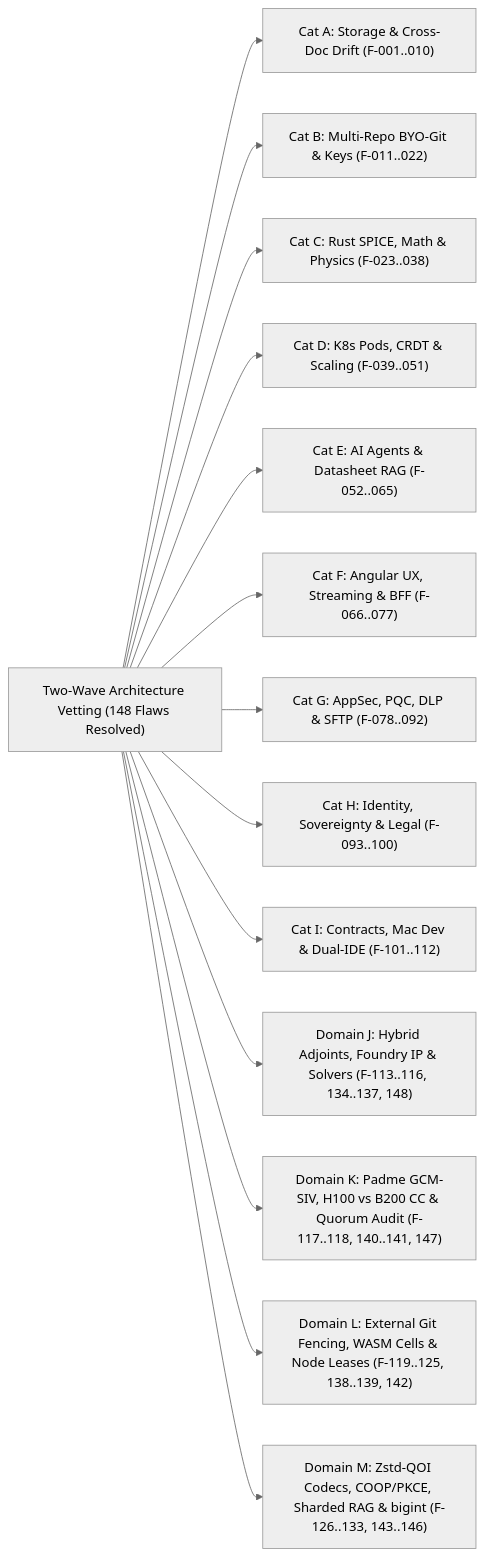
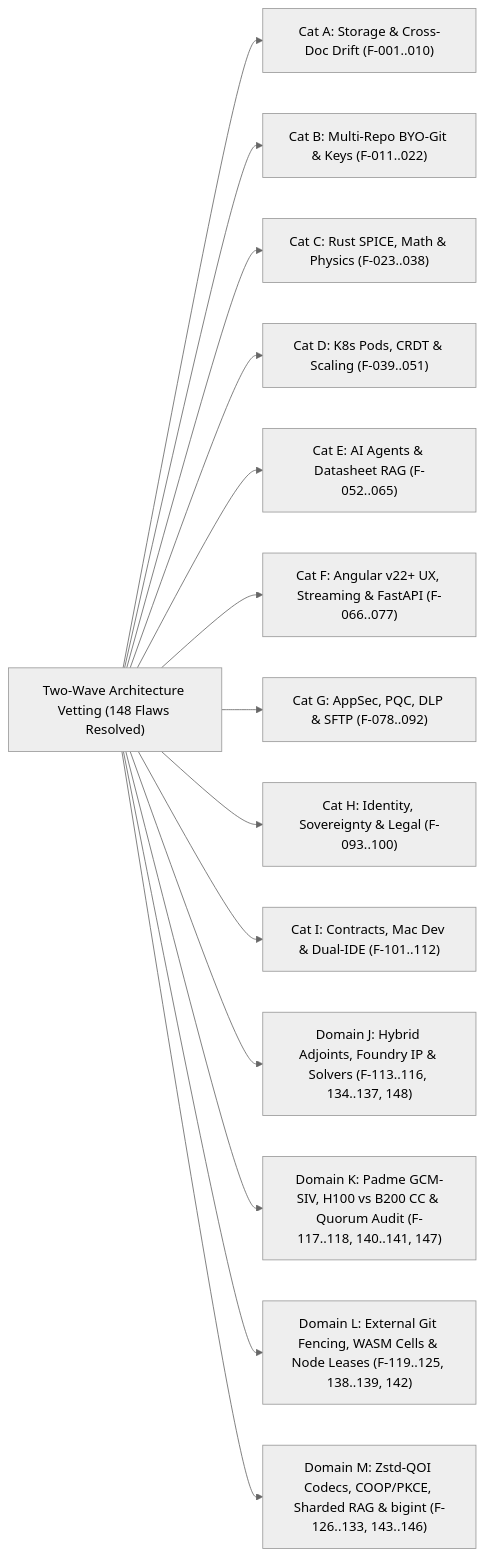
One commit to the-code-master/signal changed the diagram in architecture/16-architectural-audit-flaws-and-futuristic-innovations.md. Above: the diagram before and after it, drawn with Mermaid (neutral theme). The commit also changed other lines of this file and 52 other files, not shown here.

Commit message:
docs: enforce Angular v22+, Rust 1.100+, Node 26 LTS+ & adopt Python 3.15+ FastAPI Control Plane (ADR-002)

````diff
--- a/architecture/16-architectural-audit-flaws-and-futuristic-innovations.md
+++ b/architecture/16-architectural-audit-flaws-and-futuristic-innovations.md
@@ -36,16 +36,16 @@
 ```mermaid
 flowchart LR
     Audit["Two-Wave Architecture Vetting (148 Flaws Resolved)"] --> C1["Cat A: Storage & Cross-Doc Drift (F-001..010)"]
     Audit --> C2["Cat B: Multi-Repo BYO-Git & Keys (F-011..022)"]
     Audit --> C3["Cat C: Rust SPICE, Math & Physics (F-023..038)"]
     Audit --> C4["Cat D: K8s Pods, CRDT & Scaling (F-039..051)"]
     Audit --> C5["Cat E: AI Agents & Datasheet RAG (F-052..065)"]
-    Audit --> C6["Cat F: Angular UX, Streaming & BFF (F-066..077)"]
+    Audit --> C6["Cat F: Angular v22+ UX, Streaming & FastAPI (F-066..077)"]
     Audit --> C7["Cat G: AppSec, PQC, DLP & SFTP (F-078..092)"]
     Audit --> C8["Cat H: Identity, Sovereignty & Legal (F-093..100)"]
     Audit --> C9["Cat I: Contracts, Mac Dev & Dual-IDE (F-101..112)"]
     Audit --> CJ["Domain J: Hybrid Adjoints, Foundry IP & Solvers (F-113..116, 134..137, 148)"]
     Audit --> CK["Domain K: Padme GCM-SIV, H100 vs B200 CC & Quorum Audit (F-117..118, 140..141, 147)"]
     Audit --> CL["Domain L: External Git Fencing, WASM Cells & Node Leases (F-119..125, 138..139, 142)"]
     Audit --> CM["Domain M: Zstd-QOI Codecs, COOP/PKCE, Sharded RAG & bigint (F-126..133, 143..146)"]
 ```
````
